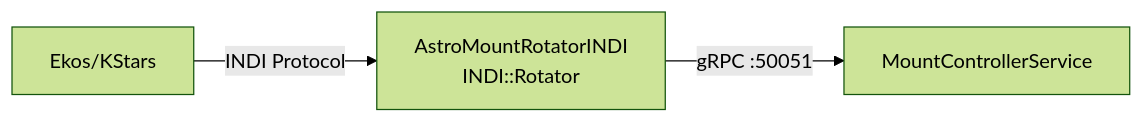
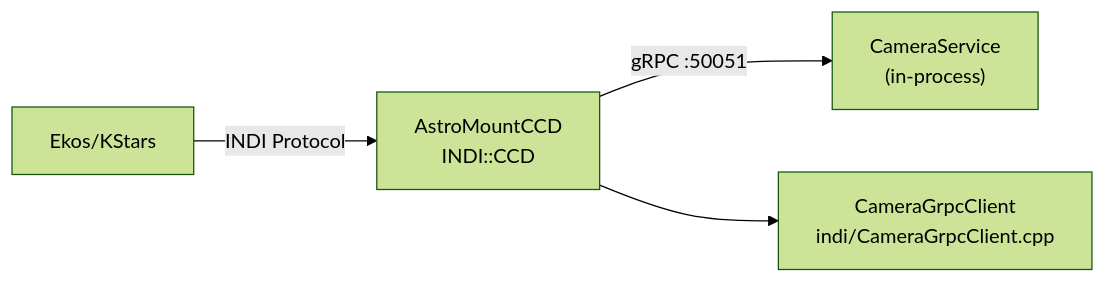
One commit to pielaszkiewicz-jacek/astro_mount_control changed the tenth of 10 diagrams in docs/en/architecture.md. Above: the diagram before and after it, drawn with Mermaid (forest theme). The commit also changed other lines of this file and 12 other files, not shown here.

````diff
--- a/docs/en/architecture.md
+++ b/docs/en/architecture.md
@@ -656,5 +659,6 @@
 ```mermaid
 flowchart LR
-    EKOS2["Ekos/KStars"] -->|"INDI Protocol"| ROT["AstroMountRotatorINDI<br/>INDI::Rotator"]
-    ROT -->|"gRPC :50051"| GRPC3["MountControllerService"]
+    EKOS3["Ekos/KStars"] -->|"INDI Protocol"| CCD["AstroMountCCD<br/>INDI::CCD"]
+    CCD -->|"gRPC :50051"| CAM["CameraService<br/>(in-process)"]
+    CCD --> CCD_CLIENT["CameraGrpcClient<br/>indi/CameraGrpcClient.cpp"]
 ```
````
